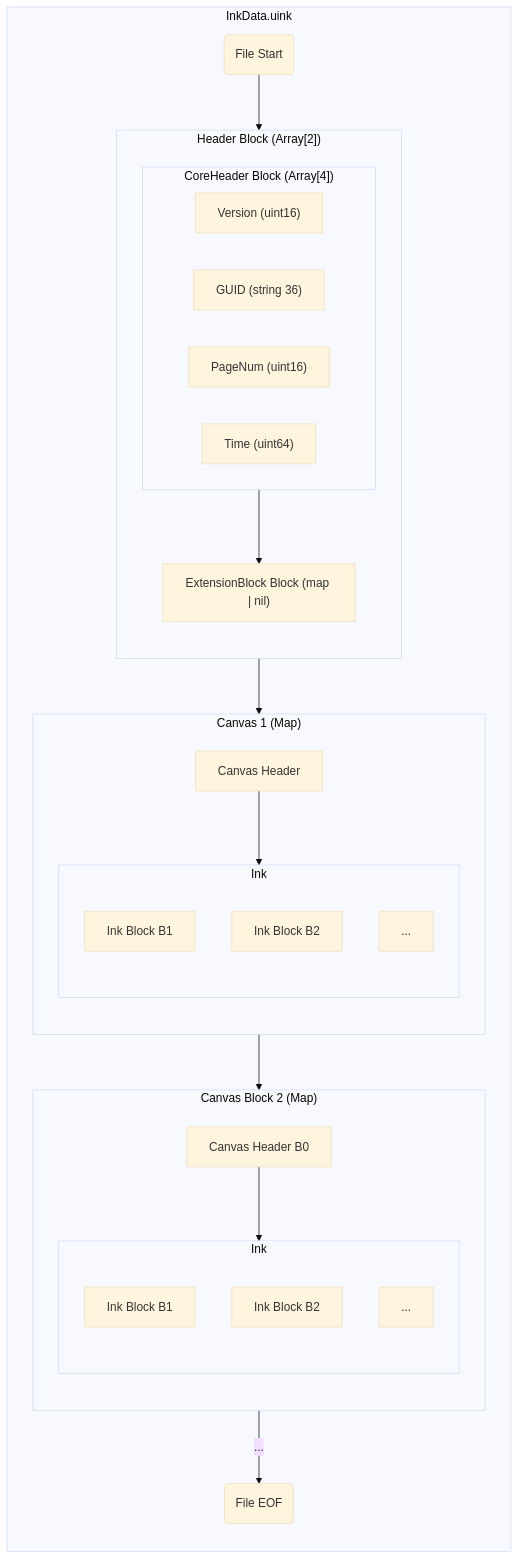
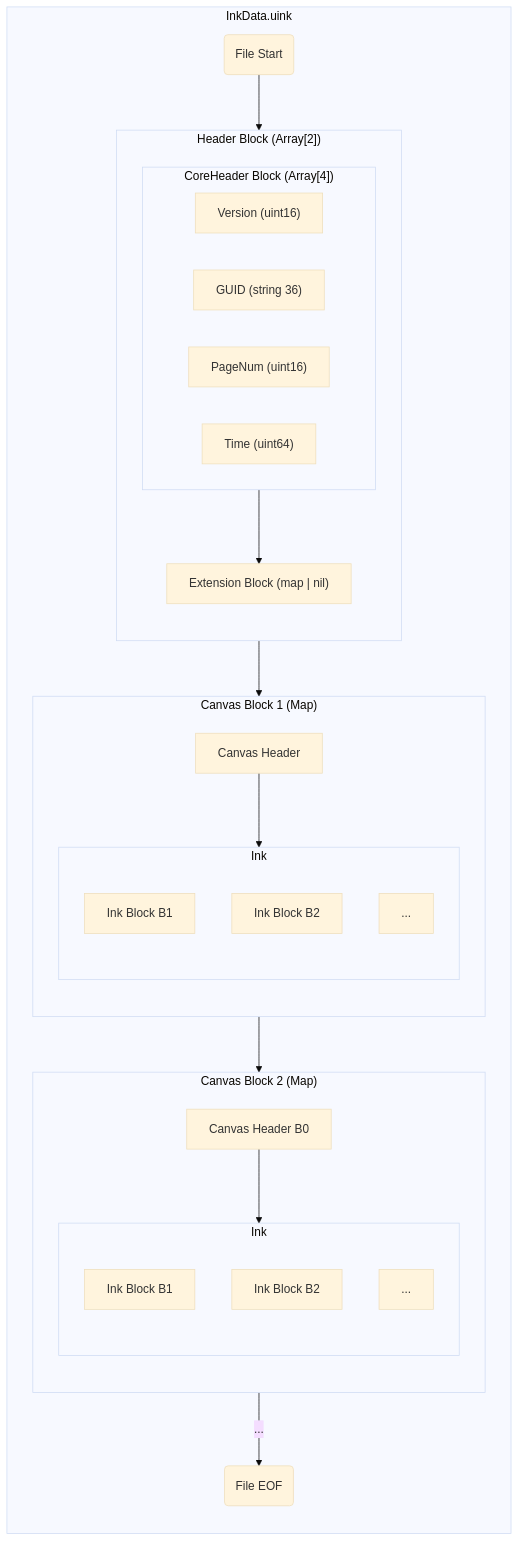
One commit to Alan-CRL/inkeys.top changed the diagram in docs/standard/file/main.md. Above: the diagram before and after it, drawn with Mermaid (base theme). The commit also changed 1 other file, not shown here.

Commit message:
20260215 2113 update

````diff
--- a/docs/standard/file/main.md
+++ b/docs/standard/file/main.md
@@ -7,51 +7,51 @@
 ```mermaid
 flowchart TB
     subgraph "InkData.uink"
         direction TB
 
         subgraph B0 ["Header Block (Array[2])"]
             direction TB
 
             subgraph B0_Core ["CoreHeader Block (Array[4])"]
                 direction LR
                 B0_Ver["Version (uint16)"]
                 B0_GUID["GUID (string 36)"]
                 B0_PageNum["PageNum (uint16)"]
                 B0_Time["Time (uint64)"]
             end
 
-            B0_Ext["ExtensionBlock Block (map | nil)"]
+            B0_Ext["Extension Block (map | nil)"]
 
             B0_Core --> B0_Ext
         end
 
-        subgraph A1 ["Canvas 1 (Map)"]
+        subgraph A1 ["Canvas Block 1 (Map)"]
             direction TB
             A1_Ctx["Canvas Header"]
             subgraph A1_Strokes ["Ink"]
                 direction TB
                 A1_B1["Ink Block B1"]
                 A1_B2["Ink Block B2"]
                 A1_B3["..."]
             end
             A1_Ctx --> A1_Strokes
         end
 
         subgraph A2 ["Canvas Block 2 (Map)"]
             direction TB
             A2_Ctx["Canvas Header B0"]
             subgraph A2_Strokes ["Ink"]
                 direction TB
                 A2_B1["Ink Block B1"]
                 A2_B2["Ink Block B2"]
                 A2_B3["..."]
             end
             A2_Ctx --> A2_Strokes
         end
 
         FileStart("File Start") --> B0
         B0 --> A1
         A1 --> A2
         A2 -- "..." --> FileEnd("File EOF")
     end
 ```
````
